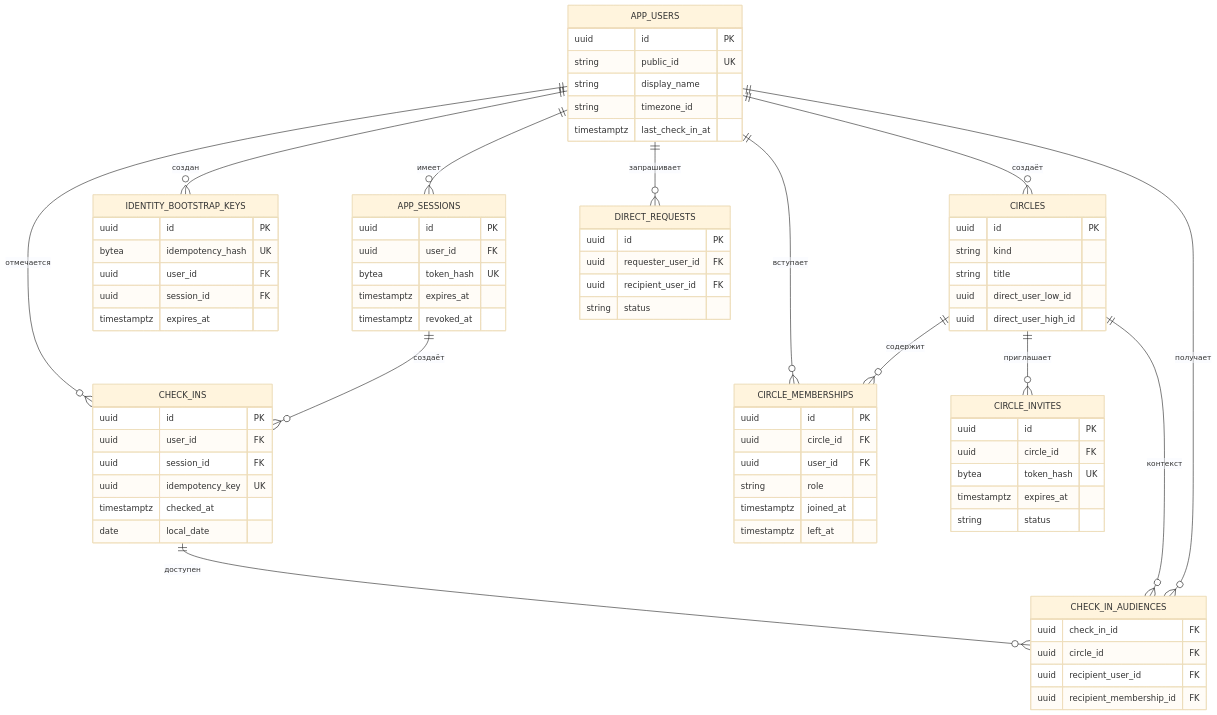
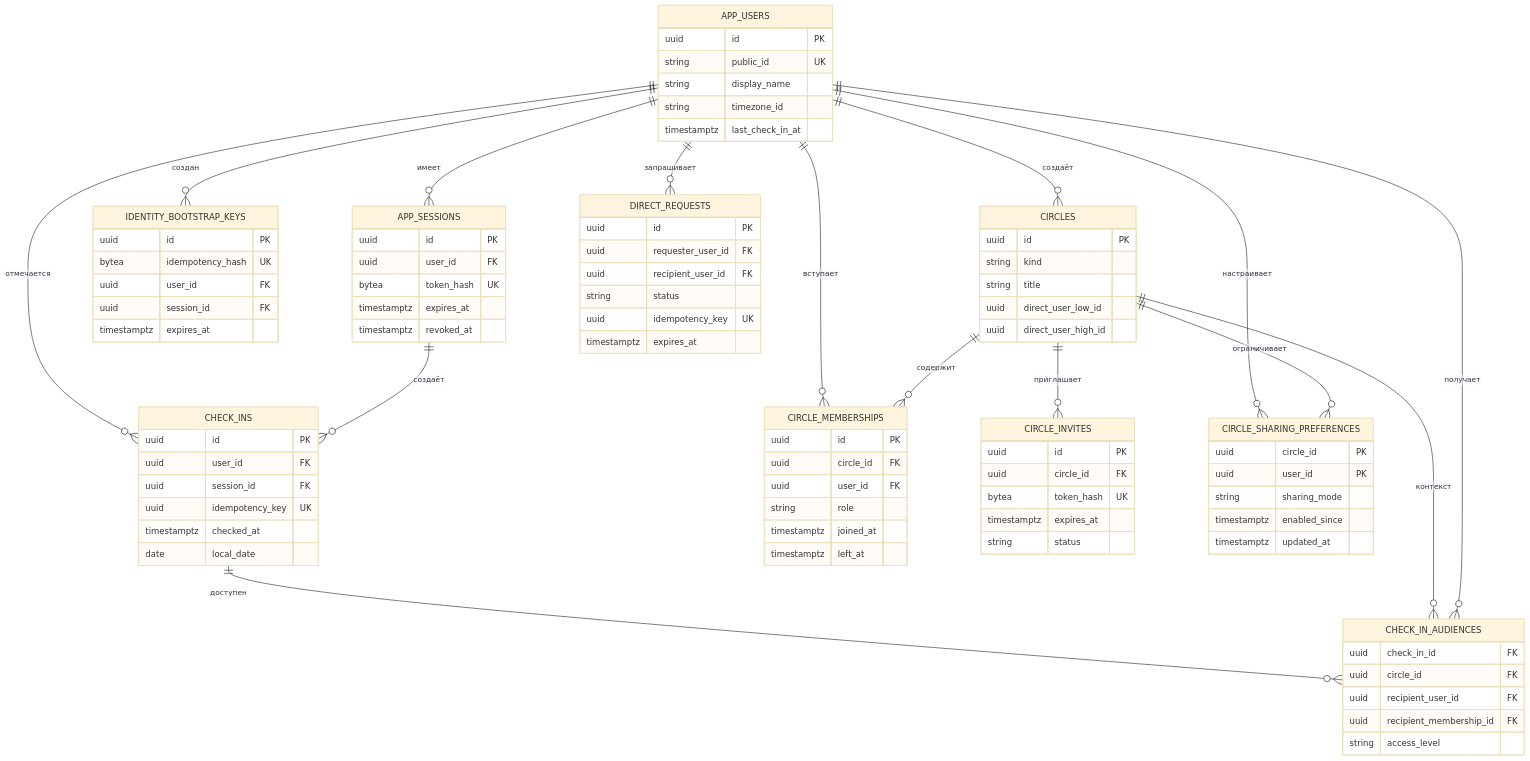
One commit to NolReaction/zhiv-app changed the second of 2 diagrams in docs/architecture.md. Above: the diagram before and after it, drawn with Mermaid (base theme). The commit also changed other lines of this file and 44 other files, not shown here.

````diff
--- a/docs/architecture.md
+++ b/docs/architecture.md
@@ -29,6 +29,8 @@
     CIRCLES ||--o{ CIRCLE_MEMBERSHIPS : "содержит"
     CIRCLES ||--o{ CIRCLE_INVITES : "приглашает"
     APP_USERS ||--o{ DIRECT_REQUESTS : "запрашивает"
+    APP_USERS ||--o{ CIRCLE_SHARING_PREFERENCES : "настраивает"
+    CIRCLES ||--o{ CIRCLE_SHARING_PREFERENCES : "ограничивает"
     CHECK_INS ||--o{ CHECK_IN_AUDIENCES : "доступен"
     CIRCLES ||--o{ CHECK_IN_AUDIENCES : "контекст"
     APP_USERS ||--o{ CHECK_IN_AUDIENCES : "получает"
@@ -82,6 +84,15 @@
         uuid requester_user_id FK
         uuid recipient_user_id FK
         string status
+        uuid idempotency_key UK
+        timestamptz expires_at
+    }
+    CIRCLE_SHARING_PREFERENCES {
+        uuid circle_id PK
+        uuid user_id PK
+        string sharing_mode
+        timestamptz enabled_since
+        timestamptz updated_at
     }
     CIRCLE_INVITES {
         uuid id PK
@@ -95,5 +106,6 @@
         uuid circle_id FK
         uuid recipient_user_id FK
         uuid recipient_membership_id FK
+        string access_level
     }
 ```
````
